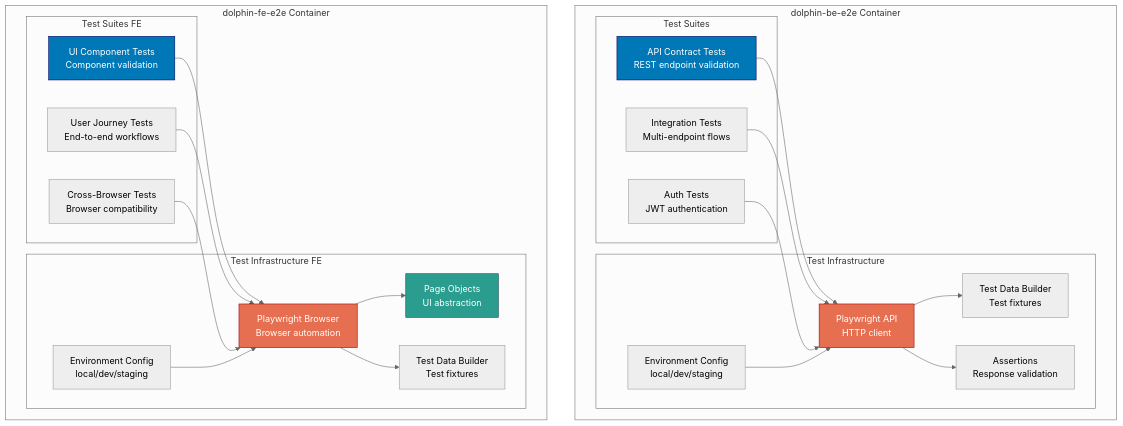
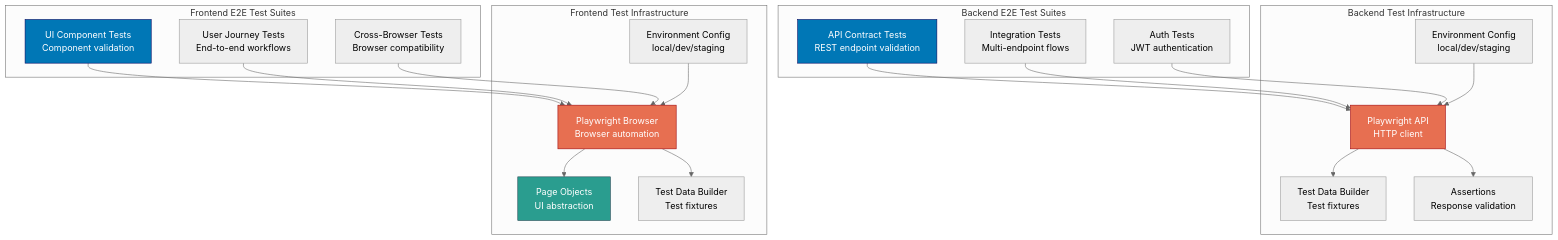
Before and after one commit to wahidyankf/open-sharia-enterprise: the tenth of 21 diagrams in docs/reference/re__system-architecture.md, drawn with Mermaid (neutral theme). The commit also changed other lines of this file, not shown here.

First line of the commit message:
fix(docs): resolve Mermaid nested subgraph syntax errors in C4 diagrams

````diff
--- a/docs/reference/re__system-architecture.md
+++ b/docs/reference/re__system-architecture.md
@@ -721,52 +709,48 @@
 ```mermaid
 graph TB
-    subgraph "dolphin-be-e2e Container"
-        subgraph "Test Suites"
-            API_TESTS[API Contract Tests<br/>REST endpoint validation]
-            INTEGRATION_TESTS[Integration Tests<br/>Multi-endpoint flows]
-            AUTH_TESTS[Auth Tests<br/>JWT authentication]
-        end
-
-        subgraph "Test Infrastructure"
-            PLAYWRIGHT_BE[Playwright API<br/>HTTP client]
-            TEST_DATA_BE[Test Data Builder<br/>Test fixtures]
-            ASSERTIONS_BE[Assertions<br/>Response validation]
-            ENV_CONFIG_BE[Environment Config<br/>local/dev/staging]
-        end
+    subgraph "Backend E2E Test Suites"
+        API_TESTS[API Contract Tests<br/>REST endpoint validation]
+        INTEGRATION_TESTS[Integration Tests<br/>Multi-endpoint flows]
+        AUTH_TESTS[Auth Tests<br/>JWT authentication]
     end
 
-    subgraph "dolphin-fe-e2e Container"
-        subgraph "Test Suites FE"
-            UI_TESTS[UI Component Tests<br/>Component validation]
-            JOURNEY_TESTS[User Journey Tests<br/>End-to-end workflows]
-            CROSS_BROWSER[Cross-Browser Tests<br/>Browser compatibility]
-        end
+    subgraph "Backend Test Infrastructure"
+        PLAYWRIGHT_BE[Playwright API<br/>HTTP client]
+        TEST_DATA_BE[Test Data Builder<br/>Test fixtures]
+        ASSERTIONS_BE[Assertions<br/>Response validation]
+        ENV_CONFIG_BE[Environment Config<br/>local/dev/staging]
+    end
 
-        subgraph "Test Infrastructure FE"
-            PLAYWRIGHT_FE[Playwright Browser<br/>Browser automation]
-            PAGE_OBJECTS[Page Objects<br/>UI abstraction]
-            TEST_DATA_FE[Test Data Builder<br/>Test fixtures]
-            ENV_CONFIG_FE[Environment Config<br/>local/dev/staging]
-        end
+    subgraph "Frontend E2E Test Suites"
+        UI_TESTS[UI Component Tests<br/>Component validation]
+        JOURNEY_TESTS[User Journey Tests<br/>End-to-end workflows]
+        CROSS_BROWSER[Cross-Browser Tests<br/>Browser compatibility]
+    end
+
+    subgraph "Frontend Test Infrastructure"
+        PLAYWRIGHT_FE[Playwright Browser<br/>Browser automation]
+        PAGE_OBJECTS[Page Objects<br/>UI abstraction]
+        TEST_DATA_FE[Test Data Builder<br/>Test fixtures]
+        ENV_CONFIG_FE[Environment Config<br/>local/dev/staging]
     end
 
     API_TESTS --> PLAYWRIGHT_BE
     INTEGRATION_TESTS --> PLAYWRIGHT_BE
     AUTH_TESTS --> PLAYWRIGHT_BE
     PLAYWRIGHT_BE --> TEST_DATA_BE
     PLAYWRIGHT_BE --> ASSERTIONS_BE
     ENV_CONFIG_BE --> PLAYWRIGHT_BE
 
     UI_TESTS --> PLAYWRIGHT_FE
     JOURNEY_TESTS --> PLAYWRIGHT_FE
     CROSS_BROWSER --> PLAYWRIGHT_FE
     PLAYWRIGHT_FE --> PAGE_OBJECTS
     PLAYWRIGHT_FE --> TEST_DATA_FE
     ENV_CONFIG_FE --> PLAYWRIGHT_FE
 
     style API_TESTS fill:#0077b6,stroke:#03045e,color:#ffffff
     style UI_TESTS fill:#0077b6,stroke:#03045e,color:#ffffff
     style PLAYWRIGHT_BE fill:#e76f51,stroke:#9d0208,color:#ffffff
     style PLAYWRIGHT_FE fill:#e76f51,stroke:#9d0208,color:#ffffff
     style PAGE_OBJECTS fill:#2a9d8f,stroke:#264653,color:#ffffff
 ```
````
